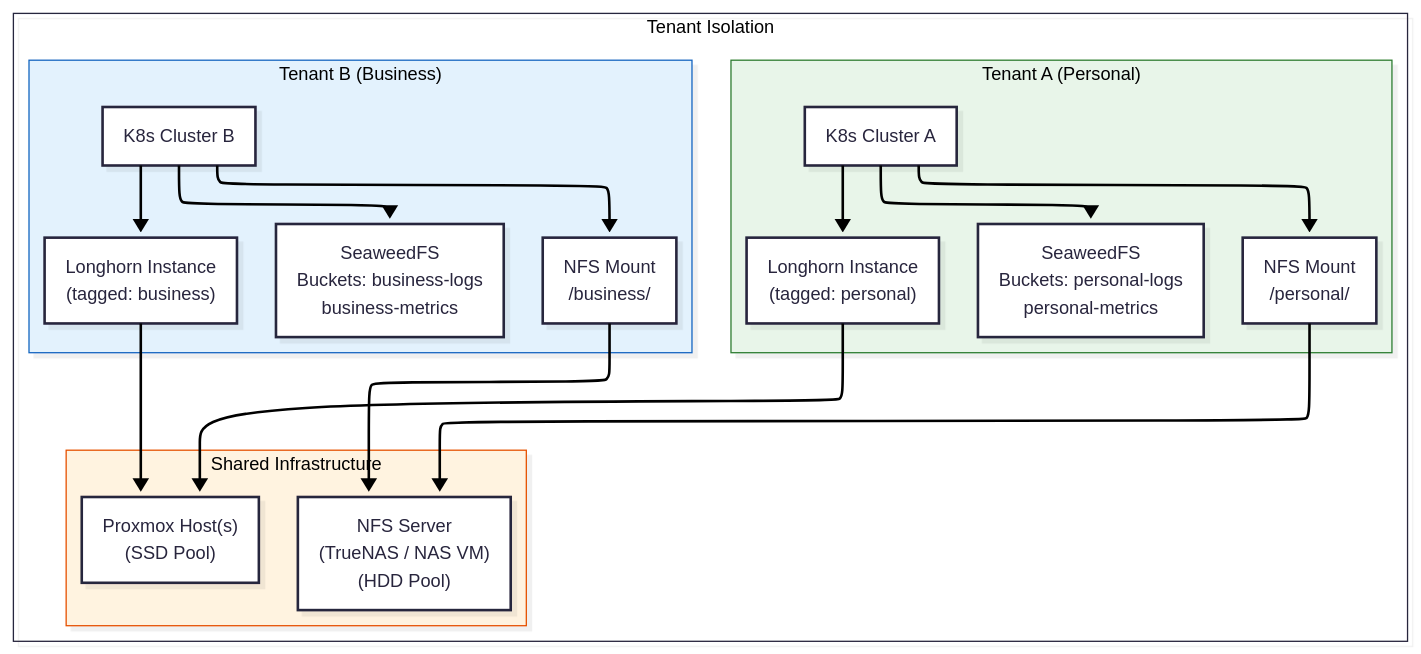
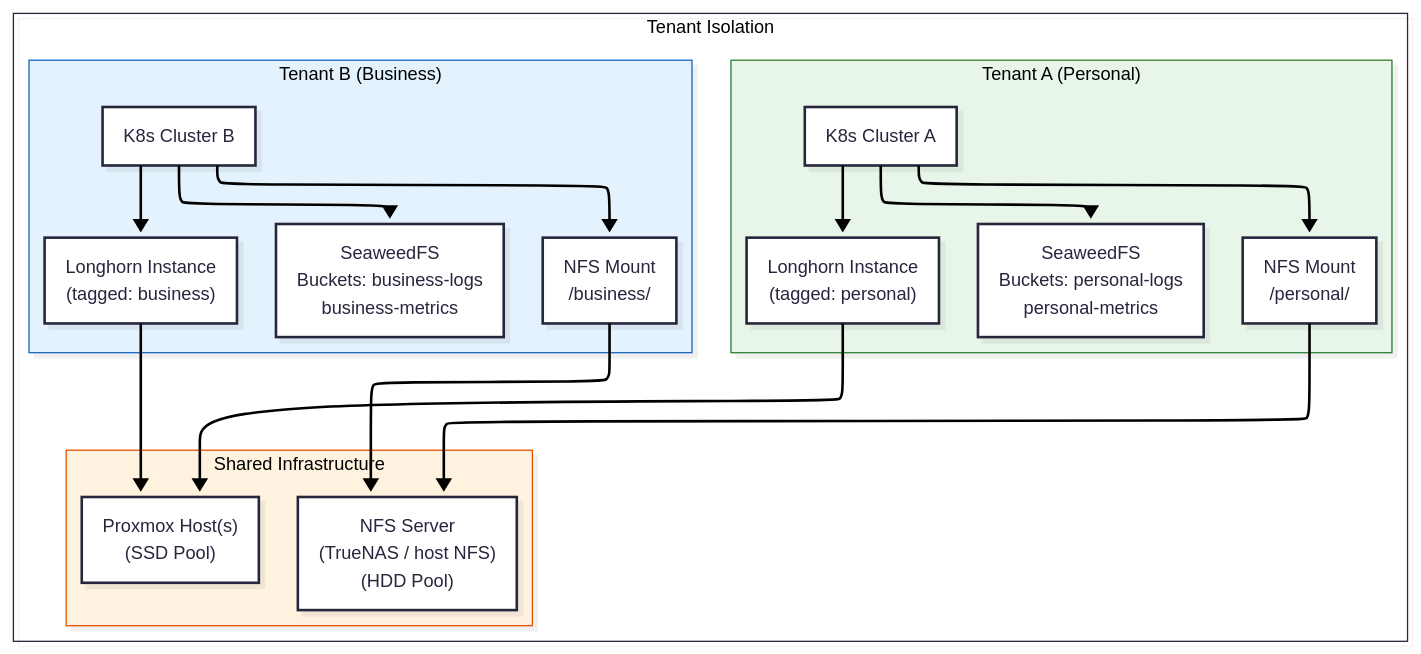
One commit to sinhaaritro/platform-stack changed the fourth of 4 diagrams in docs/storage/ARCHITECTURE.md. Above: the diagram before and after it, drawn with Mermaid. The commit also changed other lines of this file and 24 other files, not shown here.

Commit message:
feat: migrate Immich to NFS storage, add dual-domain ingress for Copyparty, and update storage architecture documentation.

````diff
--- a/docs/storage/ARCHITECTURE.md
+++ b/docs/storage/ARCHITECTURE.md
@@ -272,42 +272,42 @@
 ```mermaid
 ---
 config:
   theme: redux
   look: neo
   layout: elk
 ---
 flowchart TD
   subgraph Diagram["Tenant Isolation"]
     subgraph TenantA["Tenant A (Personal)"]
       ClusterA["K8s Cluster A"]
       LonghornA["Longhorn Instance\n(tagged: personal)"]
       SeaweedA["SeaweedFS\nBuckets: personal-logs\npersonal-metrics"]
       NFSA["NFS Mount\n/personal/"]
     end
 
     subgraph TenantB["Tenant B (Business)"]
       ClusterB["K8s Cluster B"]
       LonghornB["Longhorn Instance\n(tagged: business)"]
       SeaweedB["SeaweedFS\nBuckets: business-logs\nbusiness-metrics"]
       NFSB["NFS Mount\n/business/"]
     end
 
     subgraph SharedInfra["Shared Infrastructure"]
       ProxmoxHosts["Proxmox Host(s)\n(SSD Pool)"]
-      NFSServer["NFS Server\n(TrueNAS / NAS VM)\n(HDD Pool)"]
+      NFSServer["NFS Server\n(TrueNAS / host NFS)\n(HDD Pool)"]
     end
 
     ClusterA --> LonghornA --> ProxmoxHosts
     ClusterA --> SeaweedA
     ClusterA --> NFSA --> NFSServer
 
     ClusterB --> LonghornB --> ProxmoxHosts
     ClusterB --> SeaweedB
     ClusterB --> NFSB --> NFSServer
   end
 
   style TenantA fill:#E8F5E9,stroke:#2E7D32
   style TenantB fill:#E3F2FD,stroke:#1565C0
   style SharedInfra fill:#FFF3E0,stroke:#E65100
   style Diagram fill:transparent
 ```
````
